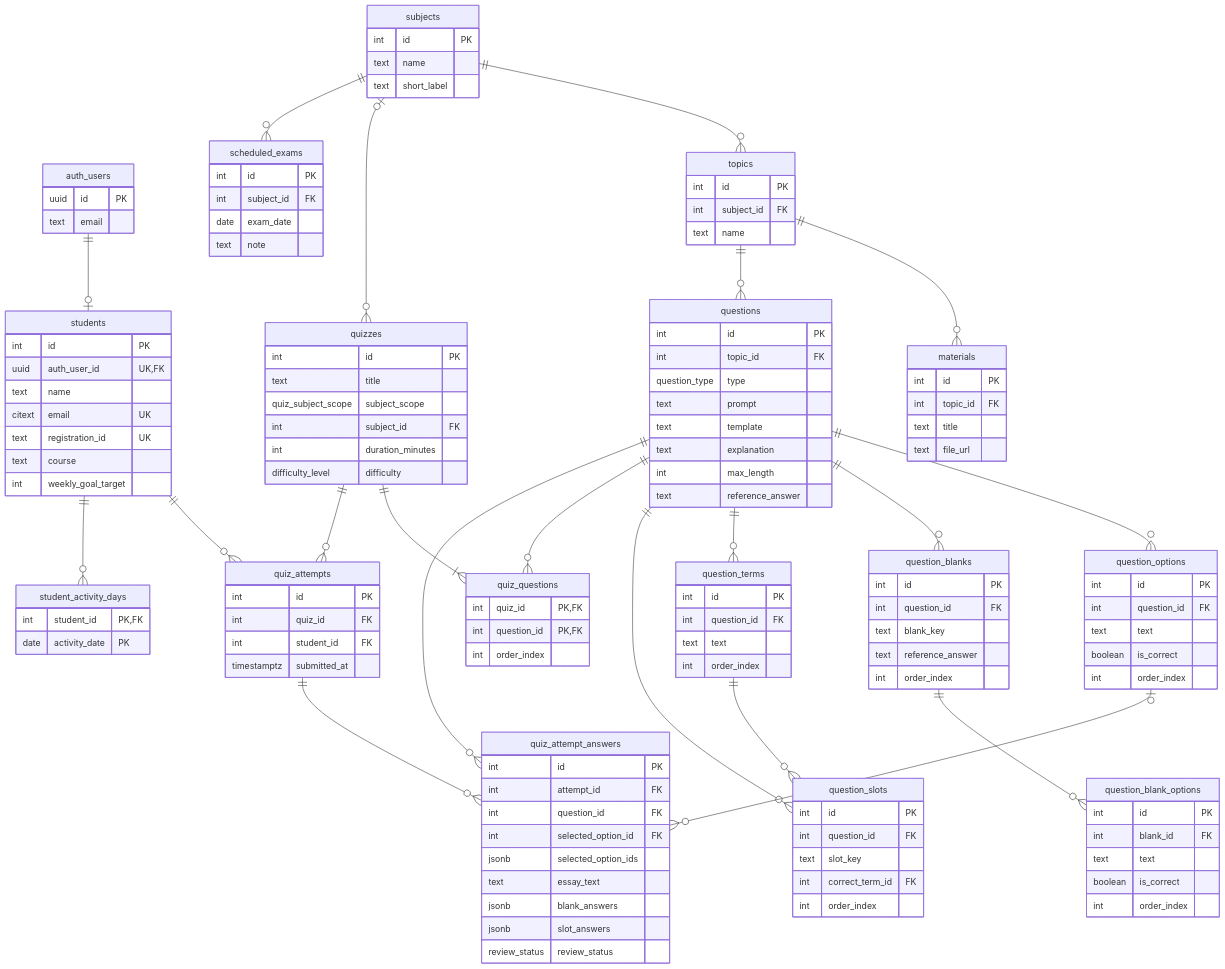
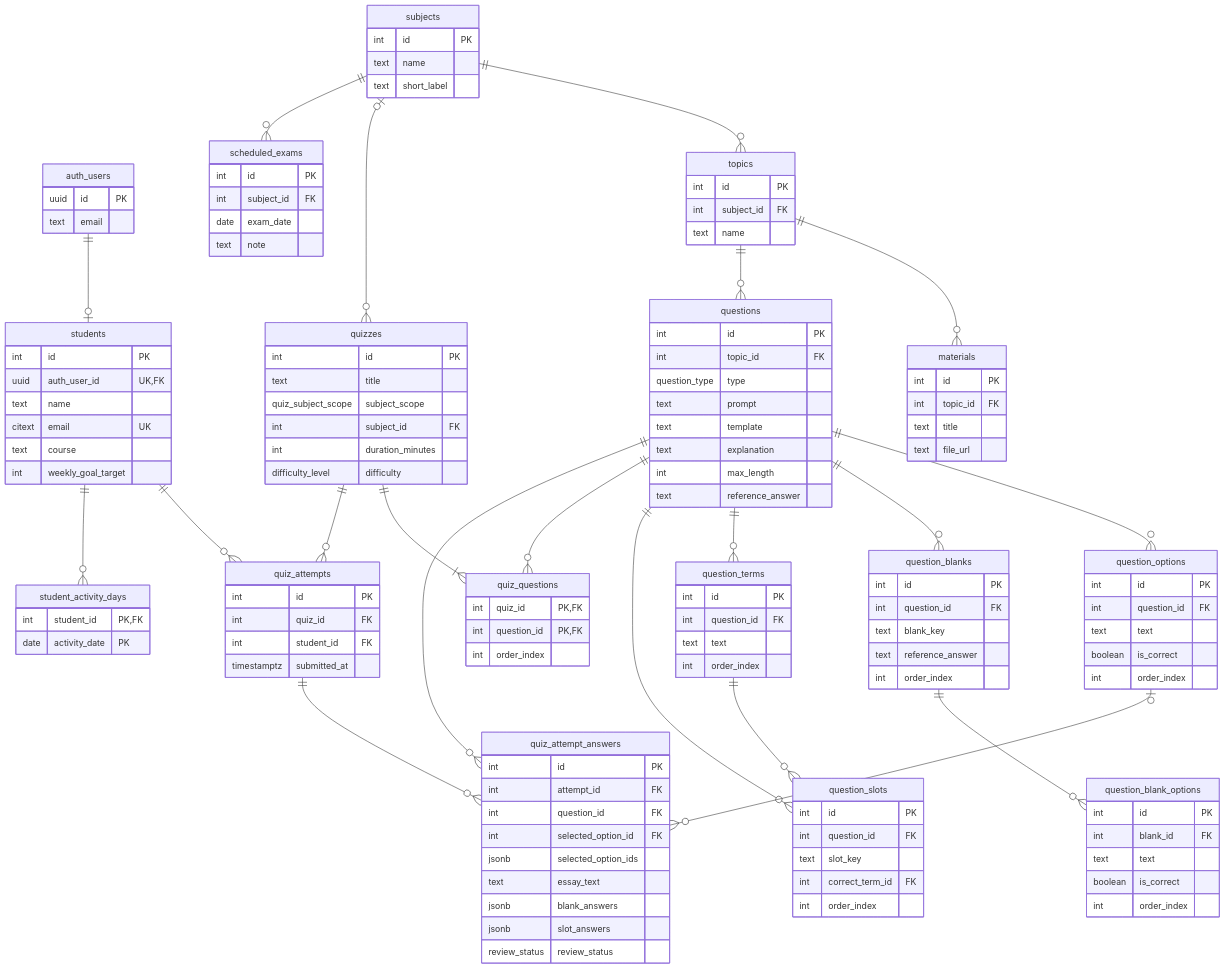
One commit to igor-fuchs01/student-app changed the second of 2 diagrams in docs/06-modelagem-de-dados.md. Above: the diagram before and after it, drawn with Mermaid. The commit also changed 6 other files, not shown here.

```diff
--- a/docs/06-modelagem-de-dados.md
+++ b/docs/06-modelagem-de-dados.md
@@ -300,7 +300,6 @@
         uuid auth_user_id UK, FK
         text name
         citext email UK
-        text registration_id UK
         text course
         int weekly_goal_target
     }
```
